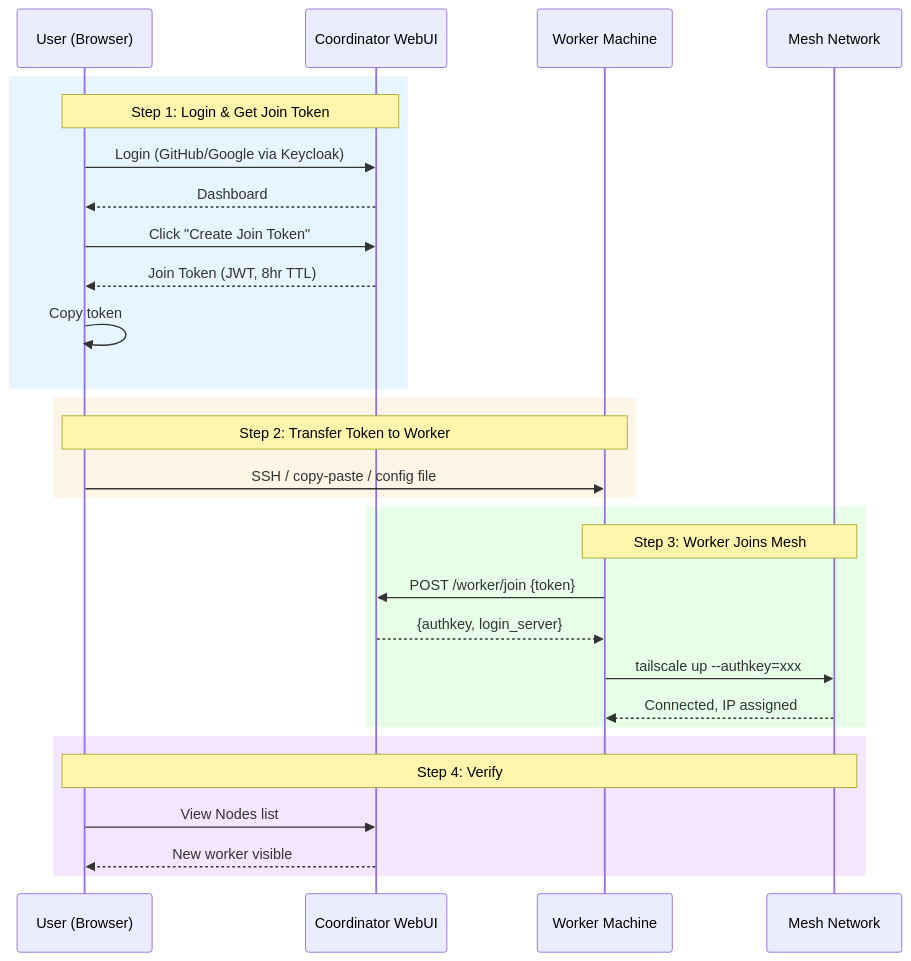
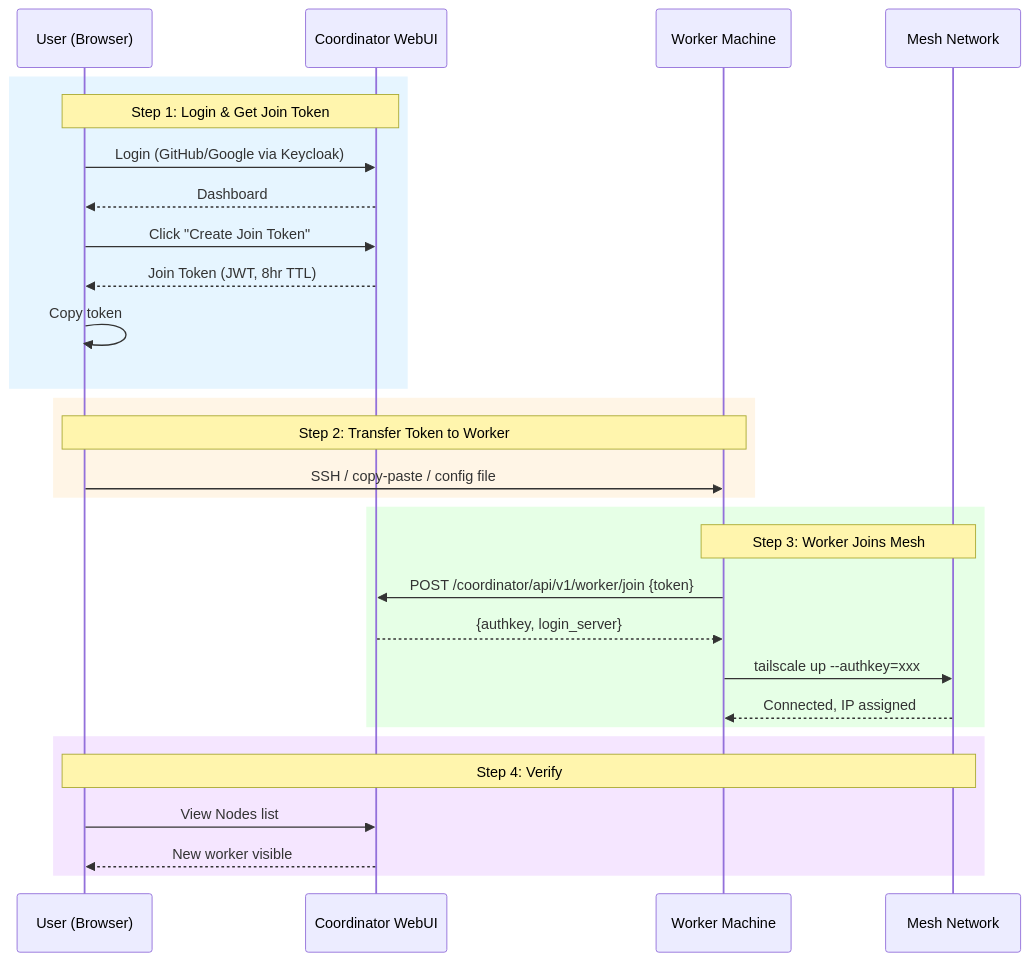
One commit to STRRL/wonder-mesh-net changed the fourth of 7 diagrams in docs/AUTH_DESIGN.md. Above: the diagram before and after it, drawn with Mermaid. The commit also changed other lines of this file, not shown here.

````diff
--- a/docs/AUTH_DESIGN.md
+++ b/docs/AUTH_DESIGN.md
@@ -202,35 +202,35 @@
 ```mermaid
 sequenceDiagram
     participant User as User (Browser)
     participant Portal as Coordinator WebUI
     participant Worker as Worker Machine
     participant Mesh as Mesh Network
 
     rect rgb(230, 245, 255)
     Note over User,Portal: Step 1: Login & Get Join Token
     User->>Portal: Login (GitHub/Google via Keycloak)
     Portal-->>User: Dashboard
     User->>Portal: Click "Create Join Token"
     Portal-->>User: Join Token (JWT, 8hr TTL)
     User->>User: Copy token
     end
 
     rect rgb(255, 245, 230)
     Note over User,Worker: Step 2: Transfer Token to Worker
     User->>Worker: SSH / copy-paste / config file
     end
 
     rect rgb(230, 255, 230)
     Note over Worker,Mesh: Step 3: Worker Joins Mesh
-    Worker->>Portal: POST /worker/join {token}
+    Worker->>Portal: POST /coordinator/api/v1/worker/join {token}
     Portal-->>Worker: {authkey, login_server}
     Worker->>Mesh: tailscale up --authkey=xxx
     Mesh-->>Worker: Connected, IP assigned
     end
 
     rect rgb(245, 230, 255)
     Note over User,Mesh: Step 4: Verify
     User->>Portal: View Nodes list
     Portal-->>User: New worker visible
     end
 ```
````
